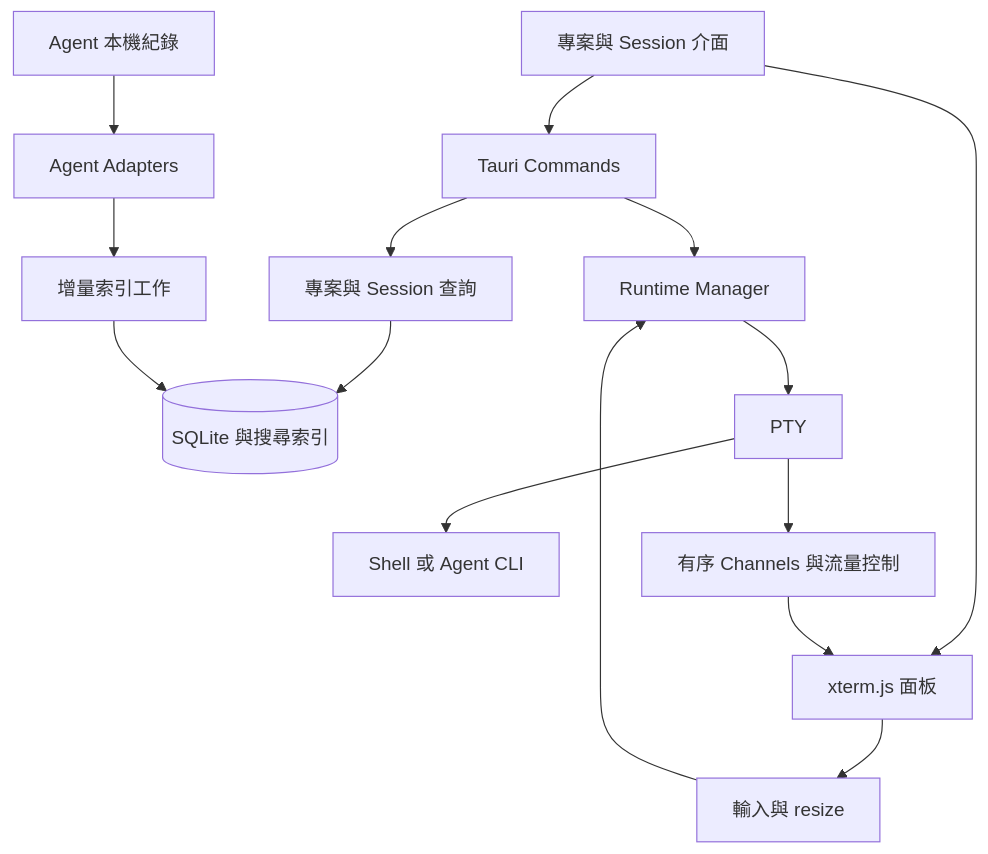
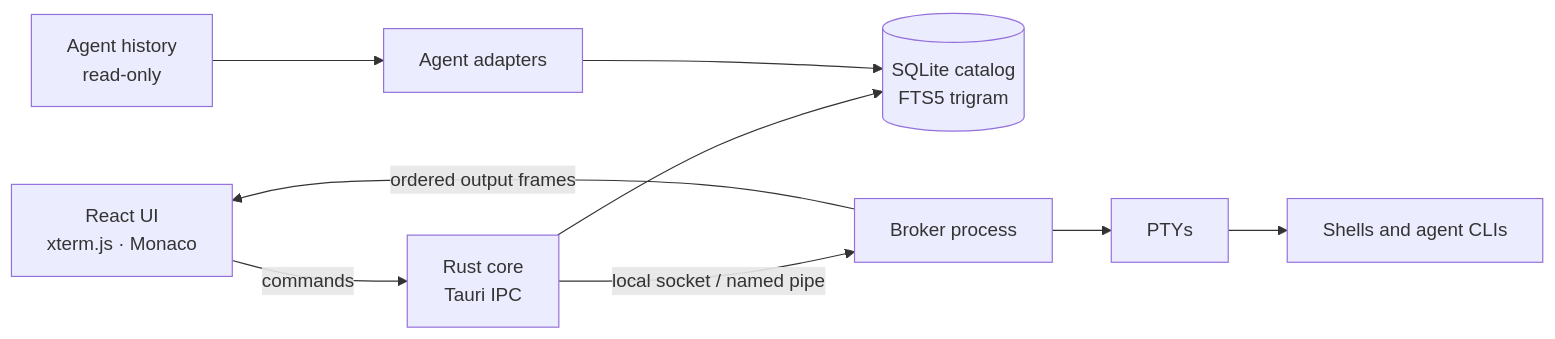
The diagram in docs/architecture.md (wellwind/SessionBay), drawn with Mermaid before and after one commit. The commit also changed other lines of this file and 108 other files, not shown here.

````diff
--- a/docs/architecture.md
+++ b/docs/architecture.md
@@ -10,17 +5,9 @@
 ```mermaid
-flowchart TB
-    UI[專案與 Session 介面] --> Commands[Tauri Commands]
-    UI --> Terminal[xterm.js 面板]
-    Commands --> Catalog[專案與 Session 查詢]
-    Commands --> Runtime[Runtime Manager]
-    Catalog --> DB[(SQLite 與搜尋索引)]
-    Sources[Agent 本機紀錄] --> Adapters[Agent Adapters]
-    Adapters --> Indexer[增量索引工作]
-    Indexer --> DB
-    Runtime --> PTY[PTY]
-    PTY --> Child[Shell 或 Agent CLI]
-    PTY --> Stream[有序 Channels 與流量控制]
-    Stream --> Terminal
-    Terminal --> Input[輸入與 resize]
-    Input --> Runtime
+flowchart LR
+    UI[React UI<br/>xterm.js · Monaco] -- commands --> Core[Rust core<br/>Tauri IPC]
+    Core --> Catalog[(SQLite catalog<br/>FTS5 trigram)]
+    Sources[Agent history<br/>read-only] --> Adapters[Agent adapters] --> Catalog
+    Core -- local socket / named pipe --> Broker[Broker process]
+    Broker --> PTY[PTYs] --> Proc[Shells and agent CLIs]
+    Broker -- ordered output frames --> UI
 ```
````
